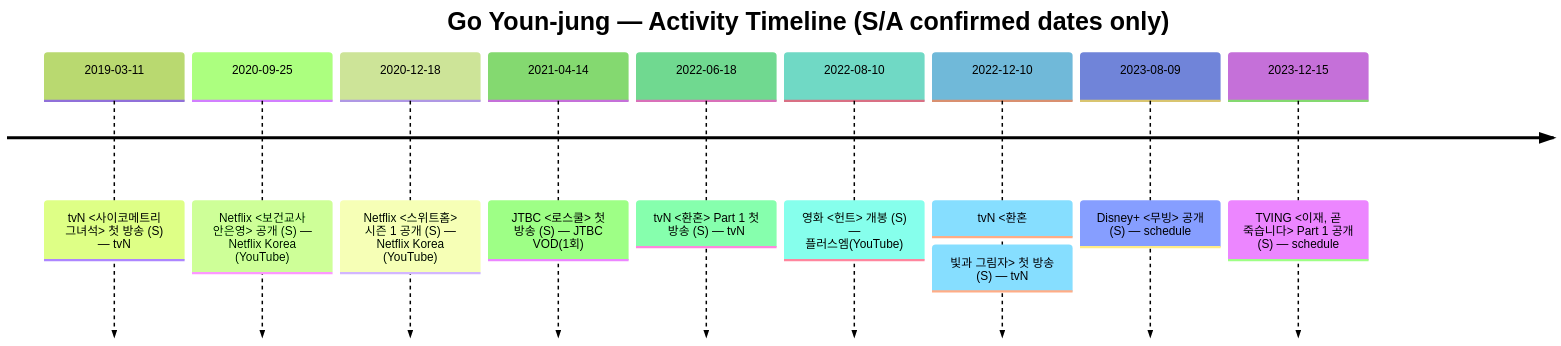
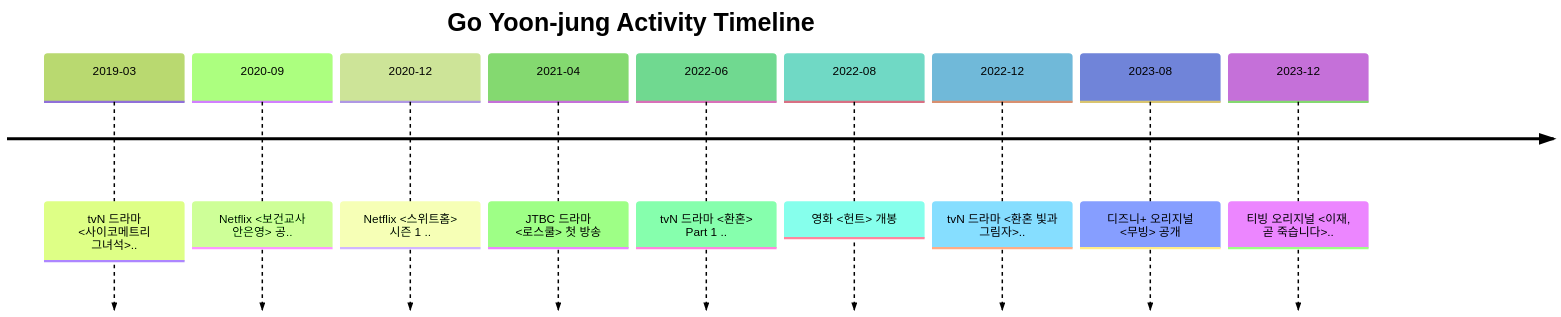
One commit to dkdleljh/goyoonjung-wiki changed the diagram in pages/timeline.md. Above: the diagram before and after it, drawn with Mermaid (forest theme). The commit also changed other lines of this file and 9 other files, not shown here.

````diff
--- a/pages/timeline.md
+++ b/pages/timeline.md
@@ -13,13 +4,13 @@
 ```mermaid
 timeline
-    title Go Youn-jung — Activity Timeline (S/A confirmed dates only)
-    2019-03-11 : tvN <사이코메트리 그녀석> 첫 방송 (S) — tvN
-    2020-09-25 : Netflix <보건교사 안은영> 공개 (S) — Netflix Korea (YouTube)
-    2020-12-18 : Netflix <스위트홈> 시즌 1 공개 (S) — Netflix Korea (YouTube)
-    2021-04-14 : JTBC <로스쿨> 첫 방송 (S) — JTBC VOD(1회)
-    2022-06-18 : tvN <환혼> Part 1 첫 방송 (S) — tvN
-    2022-08-10 : 영화 <헌트> 개봉 (S) — 플러스엠(YouTube)
-    2022-12-10 : tvN <환혼: 빛과 그림자> 첫 방송 (S) — tvN
-    2023-08-09 : Disney+ <무빙> 공개 (S) — schedule
-    2023-12-15 : TVING <이재, 곧 죽습니다> Part 1 공개 (S) — schedule
+    title Go Yoon-jung Activity Timeline
+    2019-03 : tvN 드라마 <사이코메트리 그녀석>..
+    2020-09 : Netflix <보건교사 안은영> 공..
+    2020-12 : Netflix <스위트홈> 시즌 1 ..
+    2021-04 : JTBC 드라마 <로스쿨> 첫 방송
+    2022-06 : tvN 드라마 <환혼> Part 1 ..
+    2022-08 : 영화 <헌트> 개봉
+    2022-12 : tvN 드라마 <환혼  빛과 그림자>..
+    2023-08 : 디즈니+ 오리지널 <무빙> 공개
+    2023-12 : 티빙 오리지널 <이재, 곧 죽습니다>..
 ```
````
